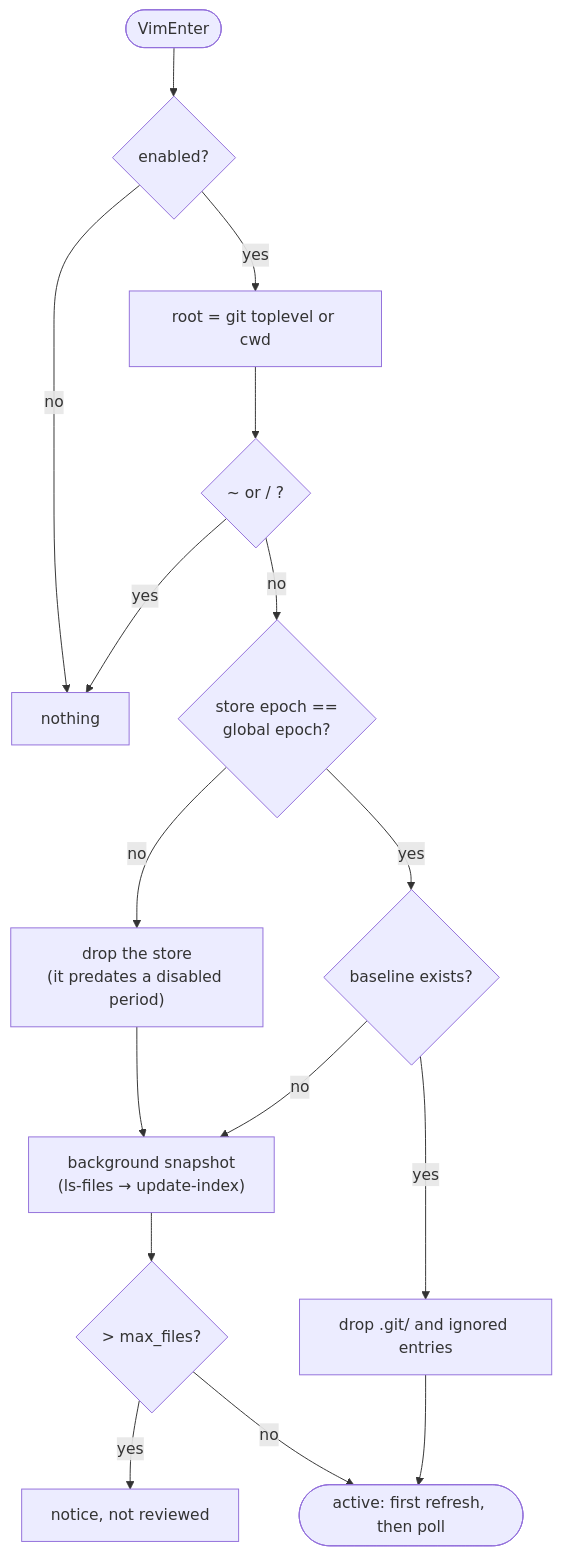
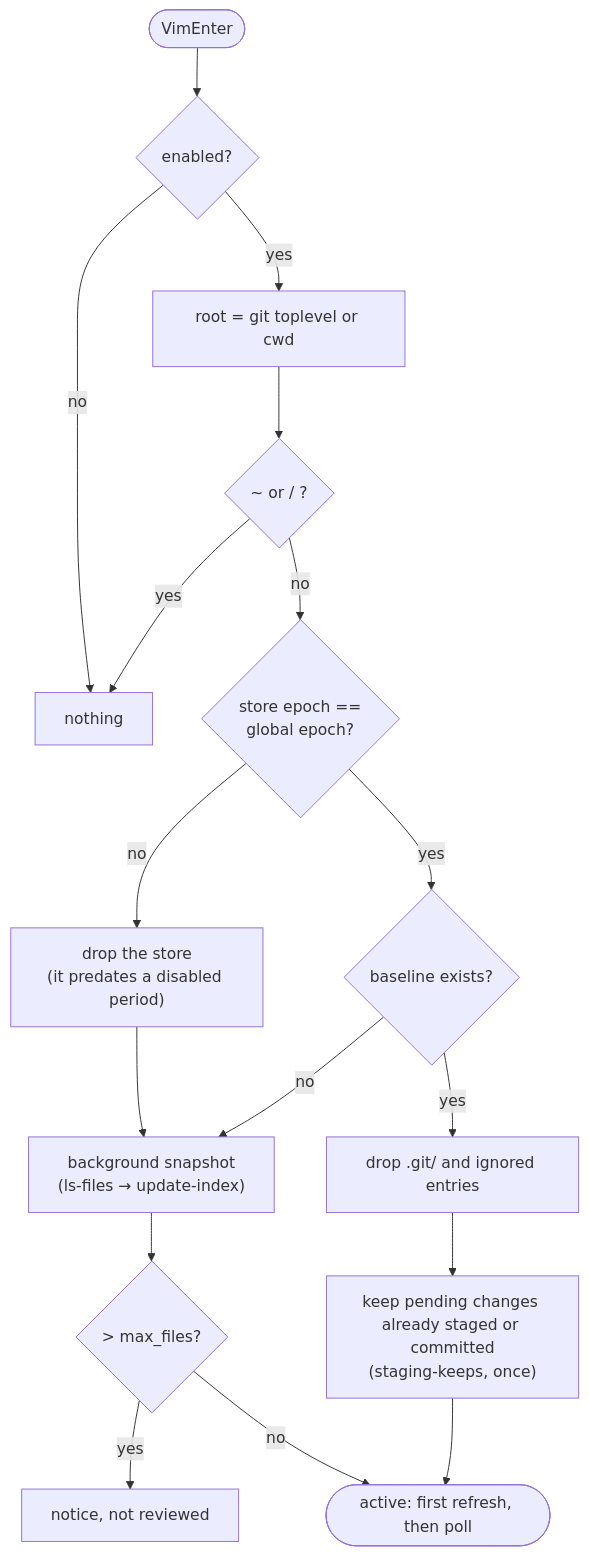
The sixth of 6 diagrams in docs/detection.md (RayIci/agentdiff.nvim), drawn with Mermaid before and after one commit. The commit also changed 9 other files, not shown here.

First line of the commit message:
Add reset command and keep changes committed while Neovim was closed

````diff
--- a/docs/detection.md
+++ b/docs/detection.md
@@ -133,18 +133,19 @@
 ```mermaid
 flowchart TB
     s(["VimEnter"]) --> on{"enabled?"}
     on -- no --> off["nothing"]
     on -- yes --> root["root = git toplevel or cwd"]
     root --> home{"~ or / ?"}
     home -- yes --> off
     home -- no --> ep{"store epoch ==<br/>global epoch?"}
     ep -- no --> rebuild["drop the store<br/>(it predates a disabled period)"]
     ep -- yes --> ready{"baseline exists?"}
     rebuild --> snap
     ready -- no --> snap["background snapshot<br/>(ls-files → update-index)"]
     snap --> big{"> max_files?"}
     big -- yes --> notice["notice, not reviewed"]
     big -- no --> active
     ready -- yes --> clean["drop .git/ and ignored entries"]
-    clean --> active(["active: first refresh, then poll"])
+    clean --> rec["keep pending changes already staged or committed<br/>(staging-keeps, once)"]
+    rec --> active(["active: first refresh, then poll"])
 ```
````
